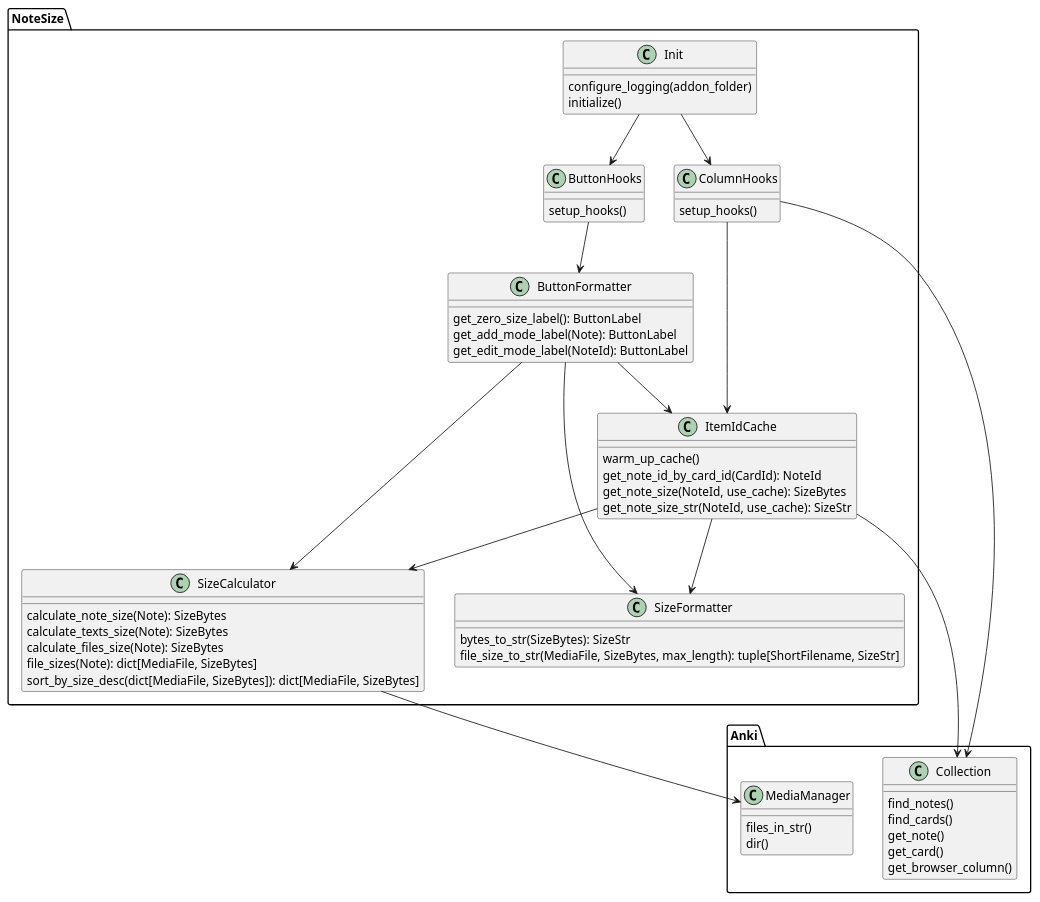
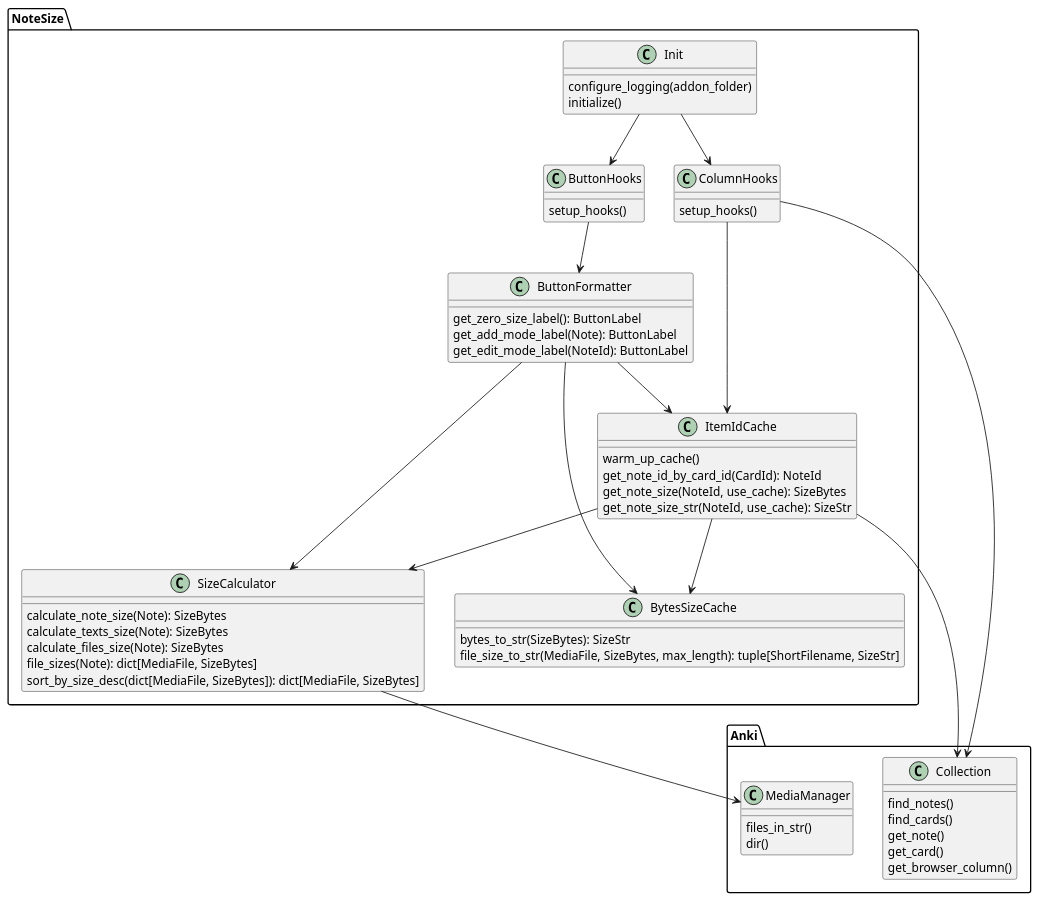
One commit to Aleks-Ya/note-size-anki-addon changed the diagram in docs-template/uml/all-class-diagram.puml. Above: the diagram before and after it, drawn with PlantUML. The commit also changed 18 other files, not shown here.

Commit message:
Rename SizeFormatter to BytesSizeCache

```diff
--- a/docs-template/uml/all-class-diagram.puml
+++ b/docs-template/uml/all-class-diagram.puml
@@ -1,74 +1,74 @@
 @startuml
 'https://plantuml.com/class-diagram
 
 package Anki {
     class Collection {
         find_notes()
         find_cards()
         get_note()
         get_card()
         get_browser_column()
     }
     class MediaManager {
         files_in_str()
         dir()
     }
 }
 
 package NoteSize {
     together {
         class ButtonHooks {
             setup_hooks()
         }
         class ColumnHooks {
             setup_hooks()
         }
     }
     class ButtonFormatter {
         get_zero_size_label(): ButtonLabel
         get_add_mode_label(Note): ButtonLabel
         get_edit_mode_label(NoteId): ButtonLabel
     }
     class SizeCalculator {
         calculate_note_size(Note): SizeBytes
         calculate_texts_size(Note): SizeBytes
         calculate_files_size(Note): SizeBytes
         file_sizes(Note): dict[MediaFile, SizeBytes]
         sort_by_size_desc(dict[MediaFile, SizeBytes]): dict[MediaFile, SizeBytes]
     }
-    class SizeFormatter {
+    class BytesSizeCache {
         bytes_to_str(SizeBytes): SizeStr
         file_size_to_str(MediaFile, SizeBytes, max_length): tuple[ShortFilename, SizeStr]
     }
     class ItemIdCache {
         warm_up_cache()
         get_note_id_by_card_id(CardId): NoteId
         get_note_size(NoteId, use_cache): SizeBytes
         get_note_size_str(NoteId, use_cache): SizeStr
     }
     class Init {
         configure_logging(addon_folder)
         initialize()
     }
 }
 
 Init --> ColumnHooks
 Init --> ButtonHooks
 
 ButtonHooks --> ButtonFormatter
 
 ButtonFormatter --> ItemIdCache
 ButtonFormatter --> SizeCalculator
-ButtonFormatter --> SizeFormatter
+ButtonFormatter --> BytesSizeCache
 
 SizeCalculator --> MediaManager
 
 ColumnHooks --> Collection
 ColumnHooks --> ItemIdCache
 
 ItemIdCache --> Collection
 ItemIdCache --> SizeCalculator
-ItemIdCache --> SizeFormatter
+ItemIdCache --> BytesSizeCache
 
 
 @enduml
```
